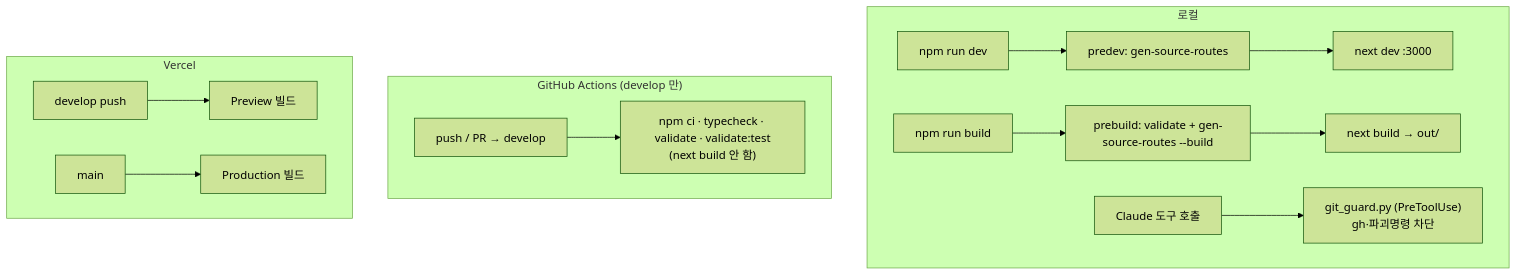
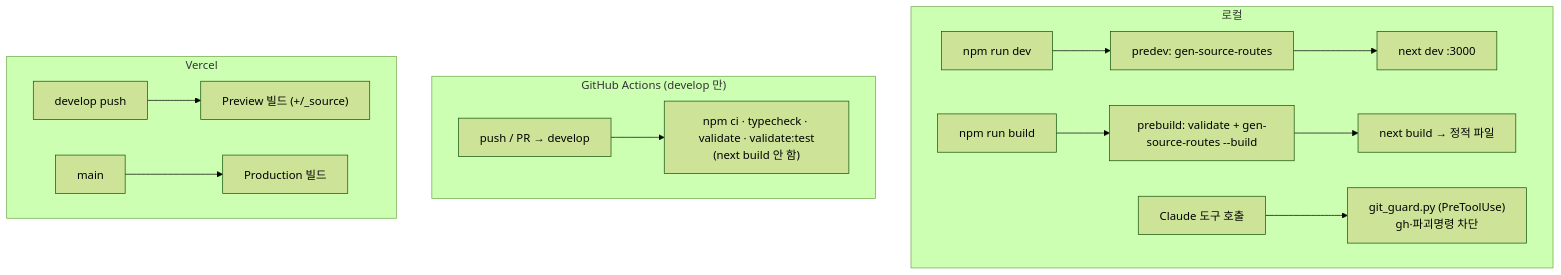
The fourth of 4 diagrams in docs/ARCHITECTURE.md (padahkim/aws-reps), drawn with Mermaid (forest theme) before and after one commit. The commit also changed other lines of this file and 1 other file, not shown here.

````diff
--- a/docs/ARCHITECTURE.md
+++ b/docs/ARCHITECTURE.md
@@ -184,17 +243,17 @@
 ```mermaid
 flowchart TD
   subgraph local["로컬"]
     dev["npm run dev"] --> predev["predev: gen-source-routes"] --> nextdev["next dev :3000"]
-    build["npm run build"] --> prebuild["prebuild: validate + gen-source-routes --build"] --> nextbuild["next build → out/"]
+    build["npm run build"] --> prebuild["prebuild: validate + gen-source-routes --build"] --> nextbuild["next build → 정적 파일"]
     tool["Claude 도구 호출"] --> guard["git_guard.py (PreToolUse)<br/>gh·파괴명령 차단"]
   end
 
   subgraph ci["GitHub Actions (develop 만)"]
     push["push / PR → develop"] --> verify["npm ci · typecheck · validate · validate:test<br/>(next build 안 함)"]
   end
 
   subgraph vercel["Vercel"]
-    vpush["develop push"] --> vprev["Preview 빌드"]
+    vpush["develop push"] --> vprev["Preview 빌드 (+/_source)"]
     vmerge["main"] --> vprod["Production 빌드"]
   end
 ```
````
